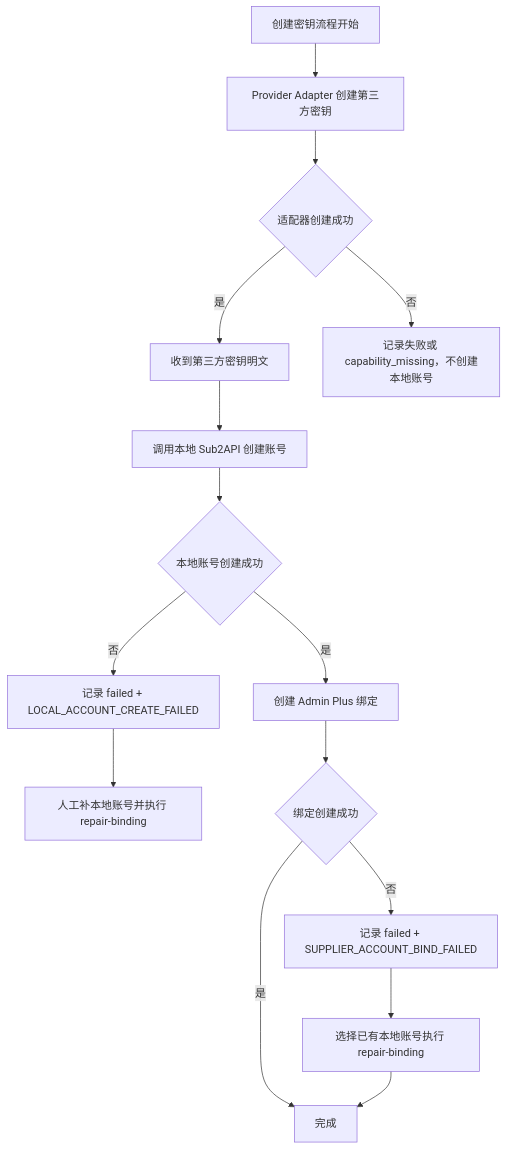
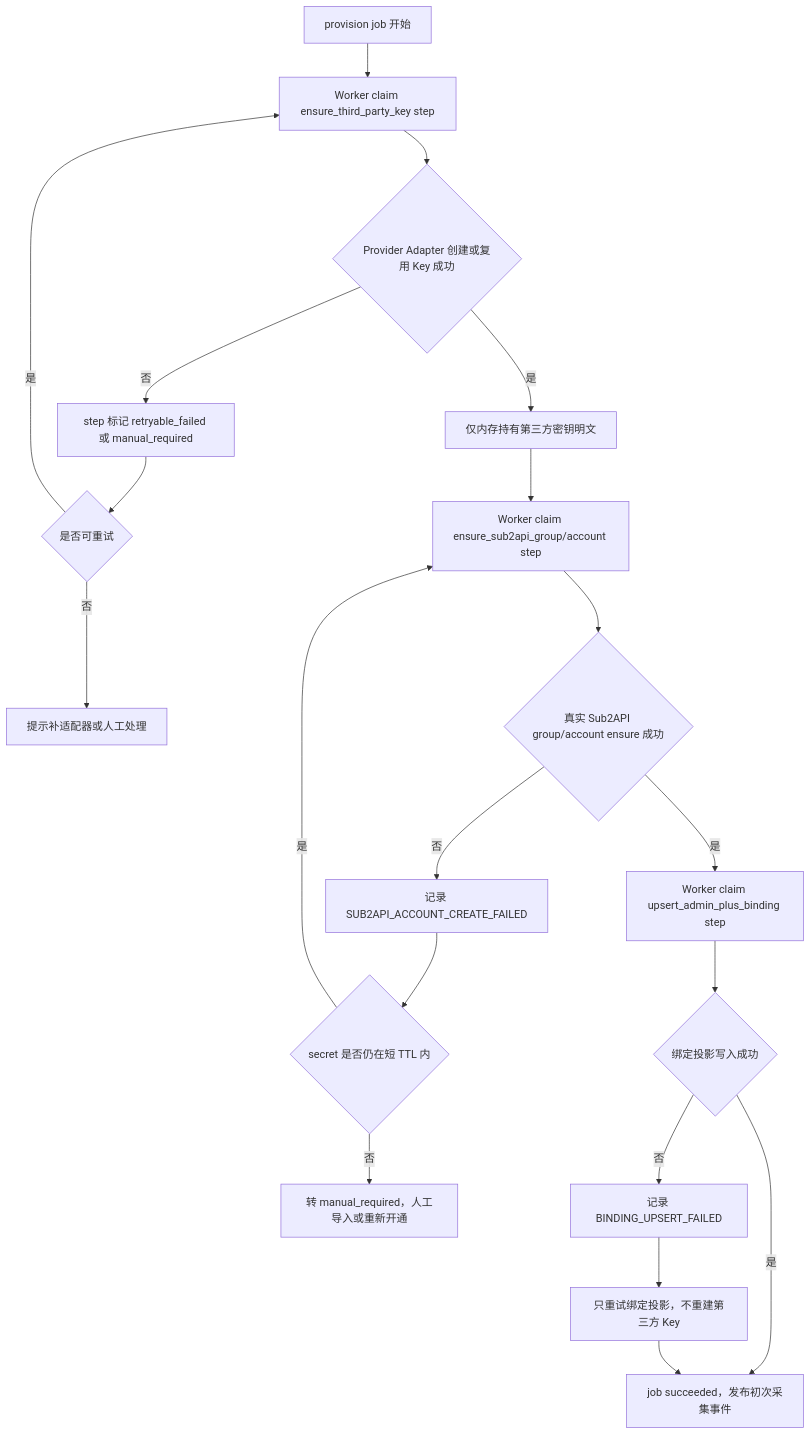
Diagram 19 of 20 in docs/roadmap/accounts/README.md (openrelayllm/superllm), drawn with Mermaid before and after one commit. The commit also changed other lines of this file and 147 other files, not shown here.

Commit message:
feat: release admin plus v0.8.0

````diff
--- a/docs/roadmap/accounts/README.md
+++ b/docs/roadmap/accounts/README.md
@@ -675,17 +698,22 @@
 ```mermaid
 flowchart TD
-  A[创建密钥流程开始] --> B[Provider Adapter 创建第三方密钥]
-  B --> C{适配器创建成功}
-  C -- 是 --> F[收到第三方密钥明文]
-  C -- 否 --> D[记录失败或 capability_missing，不创建本地账号]
-  F --> G[调用本地 Sub2API 创建账号]
-  G --> H{本地账号创建成功}
-  H -- 是 --> I[创建 Admin Plus 绑定]
-  H -- 否 --> J[记录 failed + LOCAL_ACCOUNT_CREATE_FAILED]
-  J --> K[人工补本地账号并执行 repair-binding]
-  I --> L{绑定创建成功}
-  L -- 是 --> M[完成]
-  L -- 否 --> N[记录 failed + SUPPLIER_ACCOUNT_BIND_FAILED]
-  N --> O[选择已有本地账号执行 repair-binding]
+  A[provision job 开始] --> B[Worker claim ensure_third_party_key step]
+  B --> C{Provider Adapter 创建或复用 Key 成功}
+  C -- 否 --> D[step 标记 retryable_failed 或 manual_required]
+  D --> E{是否可重试}
+  E -- 是 --> B
+  E -- 否 --> E1[提示补适配器或人工处理]
+  C -- 是 --> F[仅内存持有第三方密钥明文]
+  F --> G[Worker claim ensure_sub2api_group/account step]
+  G --> H{真实 Sub2API group/account ensure 成功}
+  H -- 否 --> J[记录 SUB2API_ACCOUNT_CREATE_FAILED]
+  J --> K{secret 是否仍在短 TTL 内}
+  K -- 是 --> G
+  K -- 否 --> K1[转 manual_required，人工导入或重新开通]
+  H -- 是 --> I[Worker claim upsert_admin_plus_binding step]
+  I --> L{绑定投影写入成功}
+  L -- 是 --> M[job succeeded，发布初次采集事件]
+  L -- 否 --> N[记录 BINDING_UPSERT_FAILED]
+  N --> O[只重试绑定投影，不重建第三方 Key]
   O --> M
 ```
````
